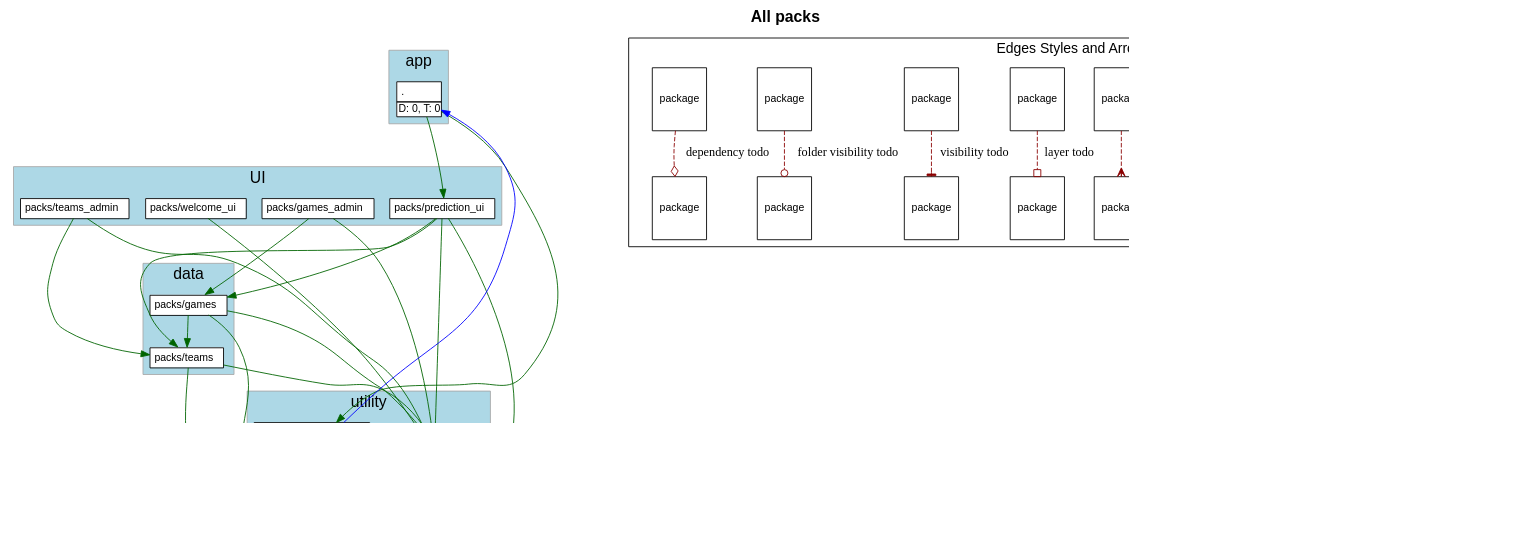
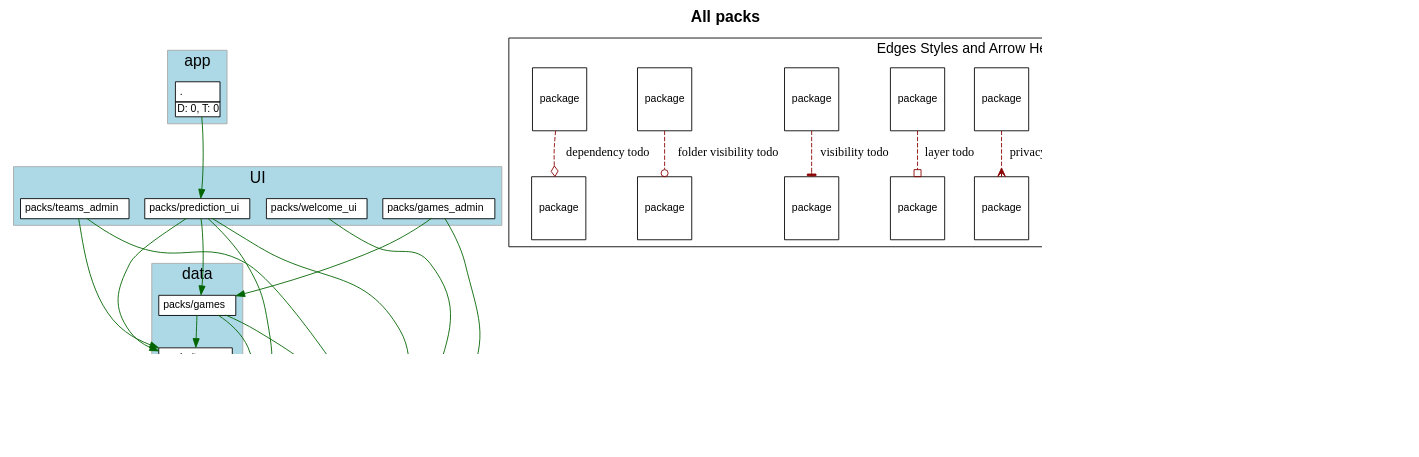
Before and after one commit to shageman/package-based-rails-applications: the diagram in diagrams/all_packs.dot, drawn with Graphviz. The commit also changed 71 other files, not shown here.

```diff
--- a/diagrams/all_packs.dot
+++ b/diagrams/all_packs.dot
@@ -125,20 +125,7 @@
       style=filled
         label="utility"
         cluster=true
-        rank = 3        "packs/predictor" [
-            fontsize=12.0
-            label= <
-                <table border='0' cellborder='1' cellspacing='0' cellpadding='16'><tr><td>
-                  <table border='0' cellborder='1' cellspacing='0' cellpadding='4'>
-                    <tr> <td port='private'> packs/predictor </td> </tr>
-                  </table>
-                  </td></tr>
-                  <tr><td CELLPADDING='1' ALIGN='RIGHT'>D: 0, R: 0, T: 0</td></tr>
-                  </table>
-              >
-          ]
-        
-        "packs/predictor_interface" [
+        rank = 3        "packs/predictor_interface" [
             fontsize=12.0
             label= <
                 <table border='0' cellborder='1' cellspacing='0' cellpadding='16'><tr><td>
@@ -160,8 +147,6 @@
           ]
         
     }
-              "packs/games" -> "packs/predictor" [ style=invis ]
-              "packs/teams" -> "packs/predictor" [ style=invis ]
               "packs/games" -> "packs/predictor_interface" [ style=invis ]
               "packs/teams" -> "packs/predictor_interface" [ style=invis ]
               "packs/games" -> "packs/rails_shims" [ style=invis ]
@@ -174,7 +159,6 @@
         cluster=false
     }
           "." -> "packs/prediction_ui" [ color=darkgreen ]
-          "." -> "packs/predictor" [ color=darkgreen ]
           "packs/games" -> "packs/predictor_interface" [ color=darkgreen ]
           "packs/games" -> "packs/rails_shims" [ color=darkgreen ]
           "packs/games" -> "packs/teams" [ color=darkgreen ]
@@ -184,13 +168,11 @@
           "packs/prediction_ui" -> "packs/predictor_interface" [ color=darkgreen ]
           "packs/prediction_ui" -> "packs/rails_shims" [ color=darkgreen ]
           "packs/prediction_ui" -> "packs/teams" [ color=darkgreen ]
-          "packs/predictor" -> "packs/predictor_interface" [ color=darkgreen ]
           "packs/teams" -> "packs/predictor_interface" [ color=darkgreen ]
           "packs/teams" -> "packs/rails_shims" [ color=darkgreen ]
           "packs/teams_admin" -> "packs/rails_shims" [ color=darkgreen ]
           "packs/teams_admin" -> "packs/teams" [ color=darkgreen ]
           "packs/welcome_ui" -> "packs/rails_shims" [ color=darkgreen ]
-        "packs/predictor" -> "." [ color=blue constraint=false ]
     subgraph cluster_legend {
       fontsize=16
       label="Edges Styles and Arrow Heads"
```
